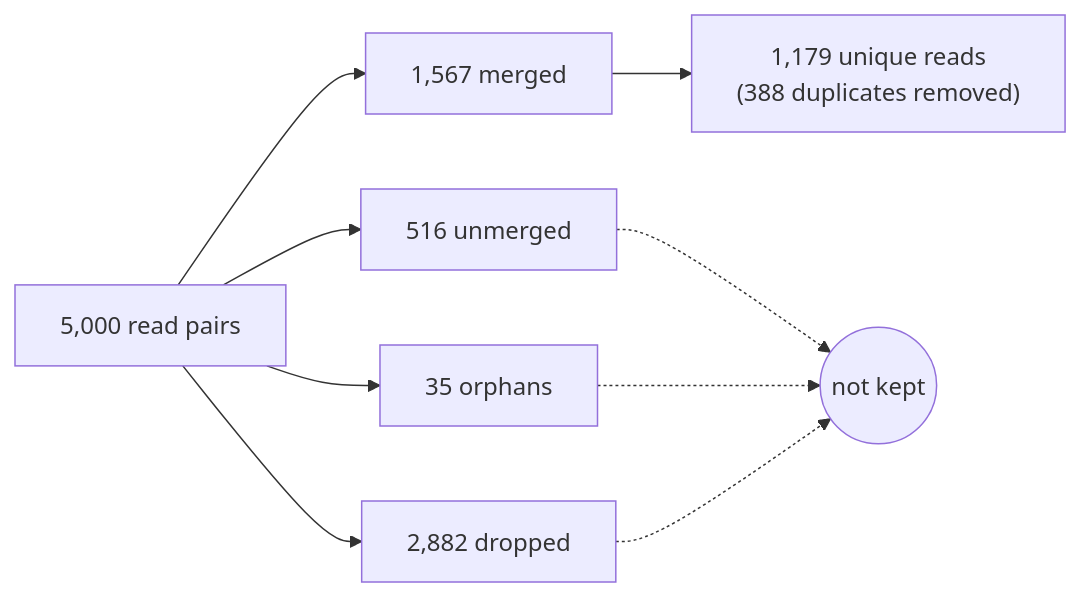
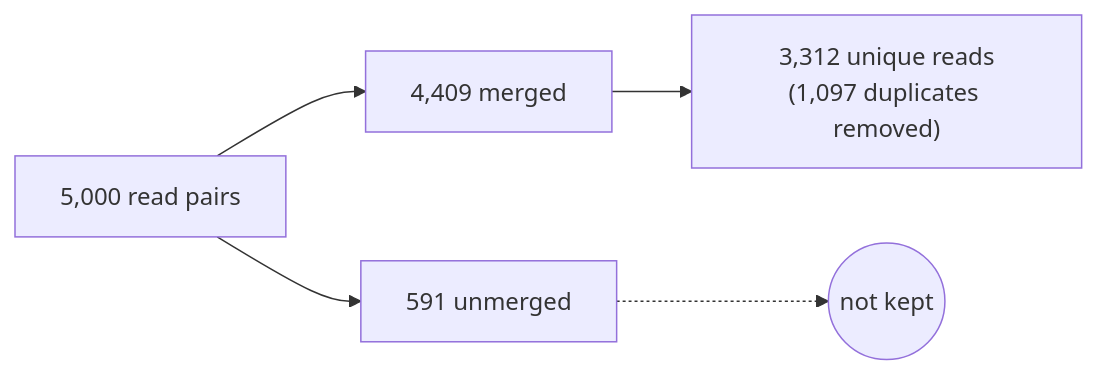
The diagram in docs/outputs.md (genomewalker/fqdup-qc-nextflow), drawn with Mermaid before and after one commit. The commit also changed other lines of this file and 4 other files, not shown here.

````diff
--- a/docs/outputs.md
+++ b/docs/outputs.md
@@ -27,11 +26,7 @@
 ```mermaid
 flowchart LR
-    A["5,000 read pairs"] --> B["1,567 merged"]
-    A --> C["516 unmerged"]
-    A --> D["35 orphans"]
-    A --> E["2,882 dropped"]
-    B --> F["1,179 unique reads<br/>(388 duplicates removed)"]
+    A["5,000 read pairs"] --> B["4,409 merged"]
+    A --> C["591 unmerged"]
+    B --> F["3,312 unique reads<br/>(1,097 duplicates removed)"]
     C -.-> X(("not kept"))
-    D -.-> X
-    E -.-> X
 ```
````
